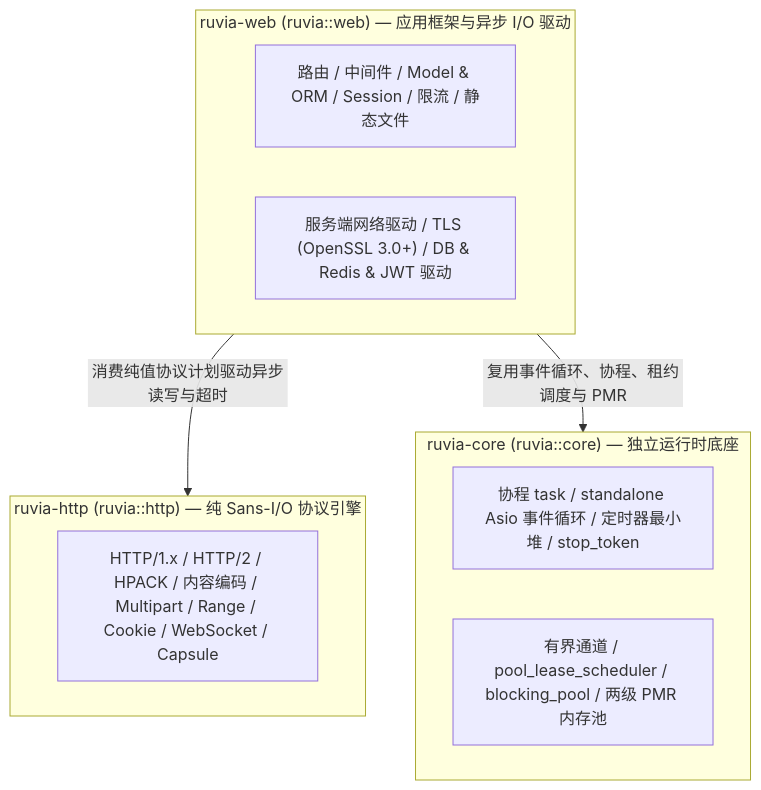
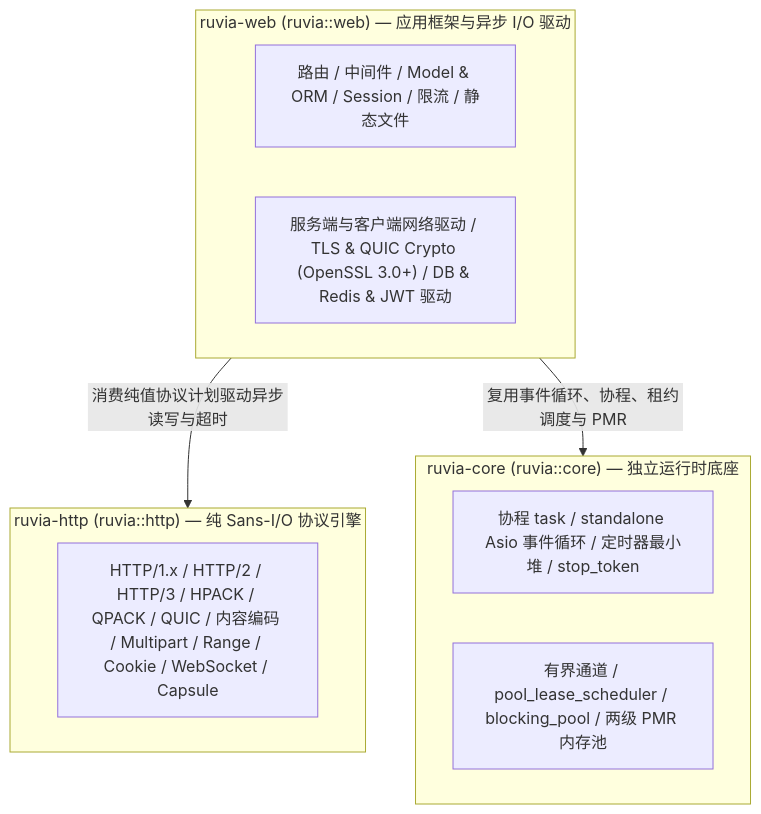
Before and after one commit to hyird/Ruvia: the first of 4 diagrams in AGENTS.md, drawn with Mermaid. The commit also changed other lines of this file and 160 other files, not shown here.

Commit message:
Simplify core/http/web state machines, header boundaries, and H2/H3 multiplexing

````diff
--- a/AGENTS.md
+++ b/AGENTS.md
@@ -26,17 +26,17 @@
 ```mermaid
 flowchart TB
     subgraph web ["ruvia-web (ruvia::web) — 应用框架与异步 I/O 驱动"]
         w_app["路由 / 中间件 / Model & ORM / Session / 限流 / 静态文件"]
-        w_io["服务端网络驱动 / TLS (OpenSSL 3.0+) / DB & Redis & JWT 驱动"]
+        w_io["服务端与客户端网络驱动 / TLS & QUIC Crypto (OpenSSL 3.0+) / DB & Redis & JWT 驱动"]
     end
     subgraph core ["ruvia-core (ruvia::core) — 独立运行时底座"]
         c_rt["协程 task / standalone Asio 事件循环 / 定时器最小堆 / stop_token"]
         c_pool["有界通道 / pool_lease_scheduler / blocking_pool / 两级 PMR 内存池"]
     end
     subgraph http ["ruvia-http (ruvia::http) — 纯 Sans-I/O 协议引擎"]
-        h_proto["HTTP/1.x / HTTP/2 / HPACK / 内容编码 / Multipart / Range / Cookie / WebSocket / Capsule"]
+        h_proto["HTTP/1.x / HTTP/2 / HTTP/3 / HPACK / QPACK / QUIC / 内容编码 / Multipart / Range / Cookie / WebSocket / Capsule"]
     end
 
     web -->|"消费纯值协议计划驱动异步读写与超时"| http
     web -->|"复用事件循环、协程、租约调度与 PMR"| core
 ```
````
